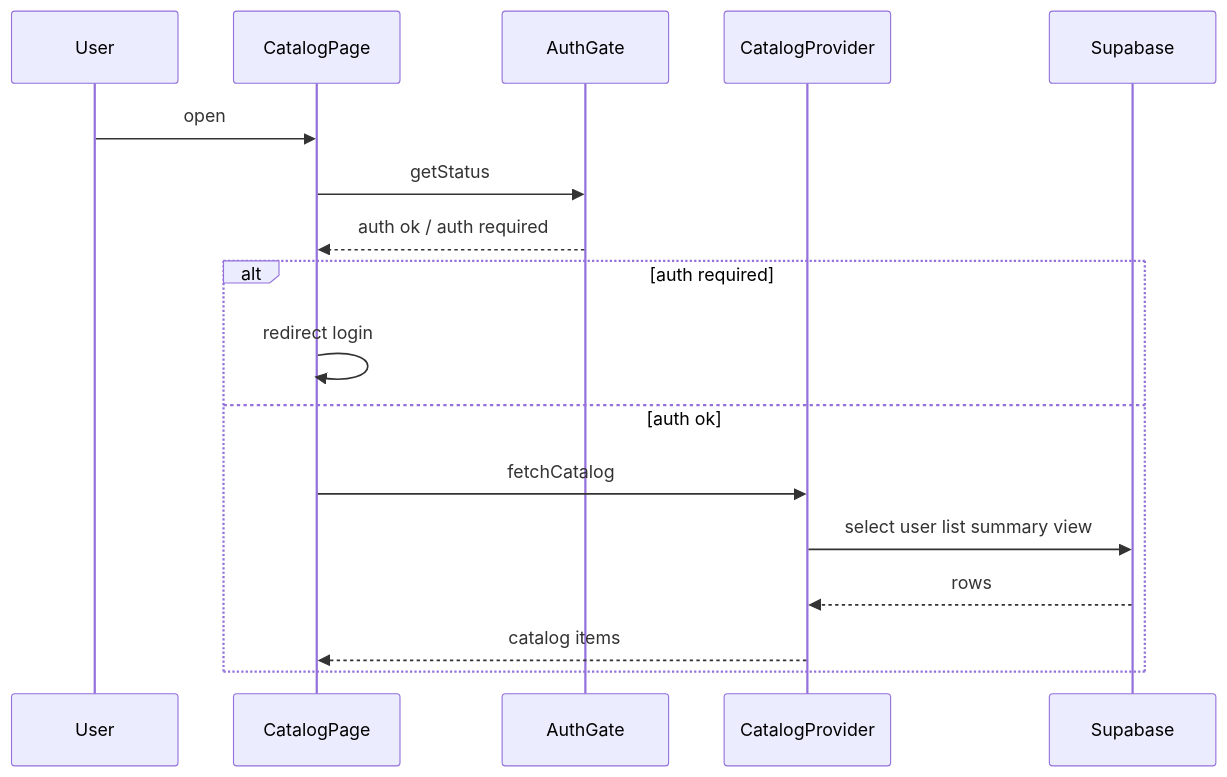
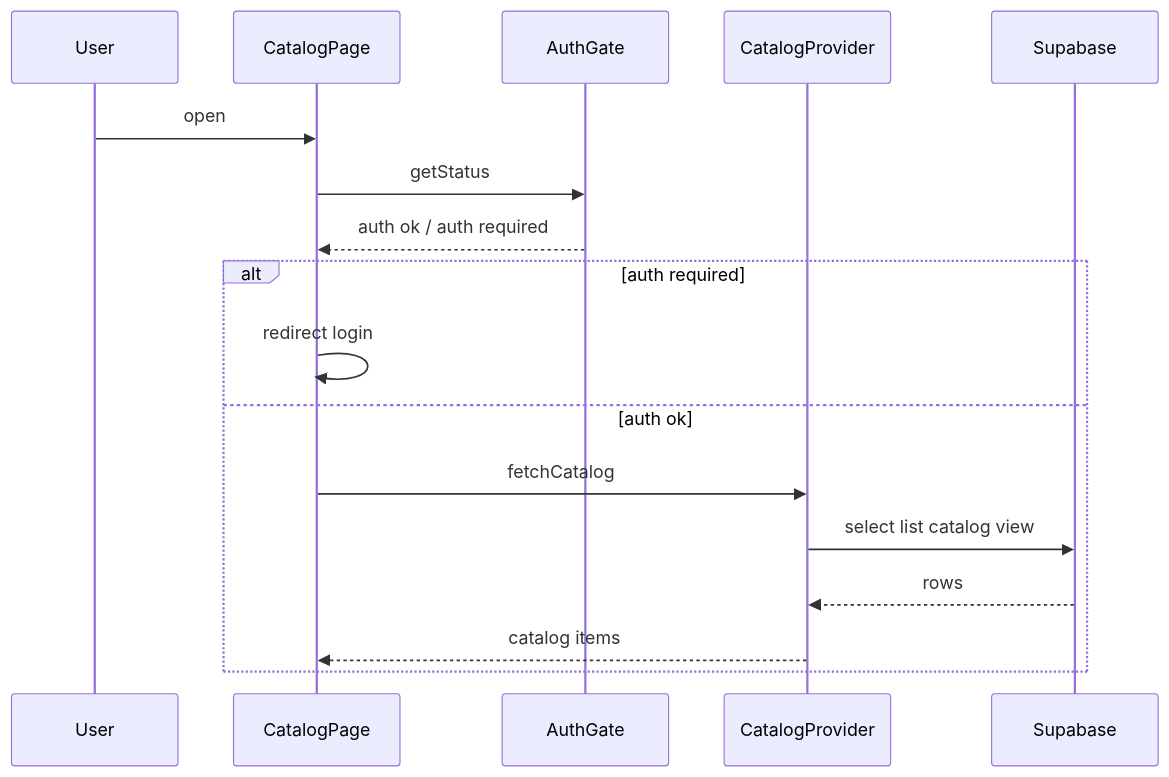
One commit to arinko39140/mangadouga changed the second of 4 diagrams in .kiro/specs/oshi-list-favorites-registered-only/design.md. Above: the diagram before and after it, drawn with Mermaid. The commit also changed other lines of this file and 8 other files, not shown here.

````diff
--- a/.kiro/specs/oshi-list-favorites-registered-only/design.md
+++ b/.kiro/specs/oshi-list-favorites-registered-only/design.md
@@ -108,19 +108,19 @@
 ```mermaid
 sequenceDiagram
   participant User
   participant CatalogPage
   participant AuthGate
   participant CatalogProvider
   participant Supabase
   User ->> CatalogPage: open
   CatalogPage ->> AuthGate: getStatus
   AuthGate -->> CatalogPage: auth ok / auth required
   alt auth required
     CatalogPage ->> CatalogPage: redirect login
   else auth ok
     CatalogPage ->> CatalogProvider: fetchCatalog
-    CatalogProvider ->> Supabase: select user list summary view
+    CatalogProvider ->> Supabase: select list catalog view
     Supabase -->> CatalogProvider: rows
     CatalogProvider -->> CatalogPage: catalog items
   end
 ```
````
